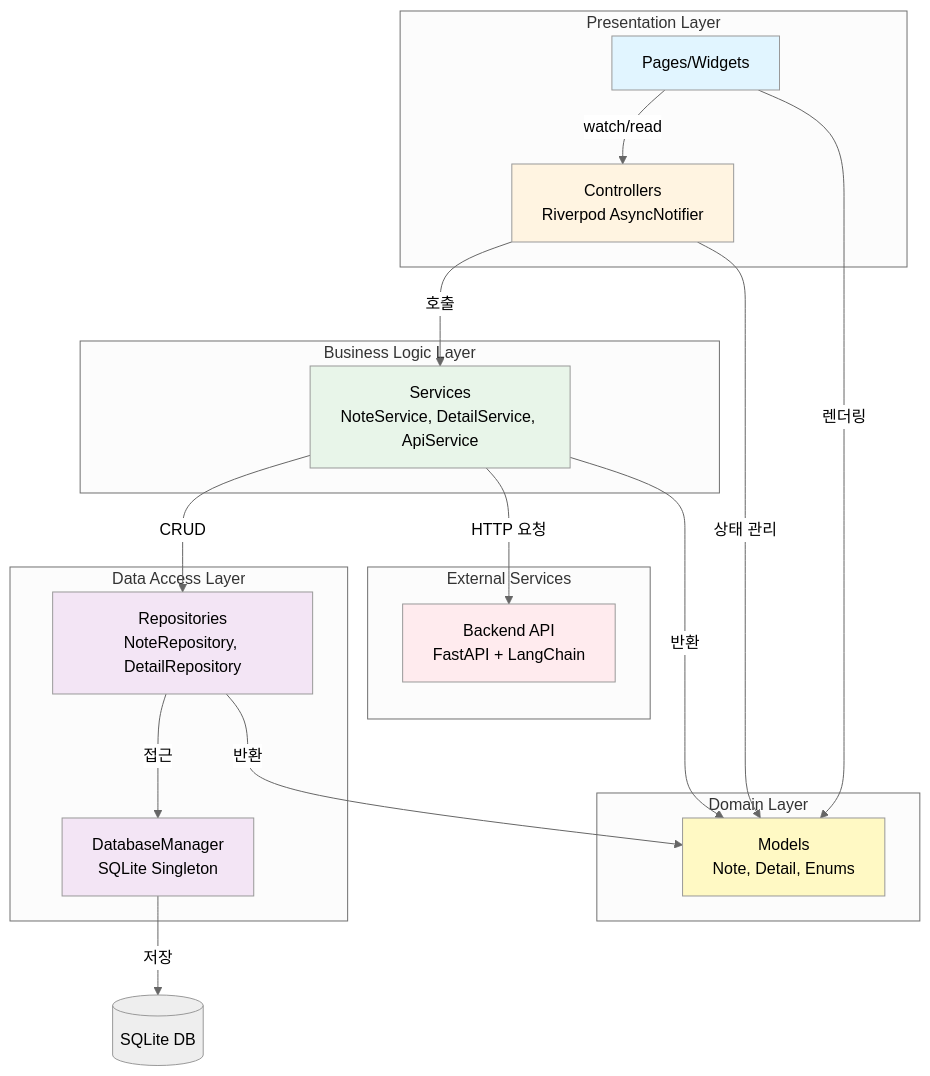
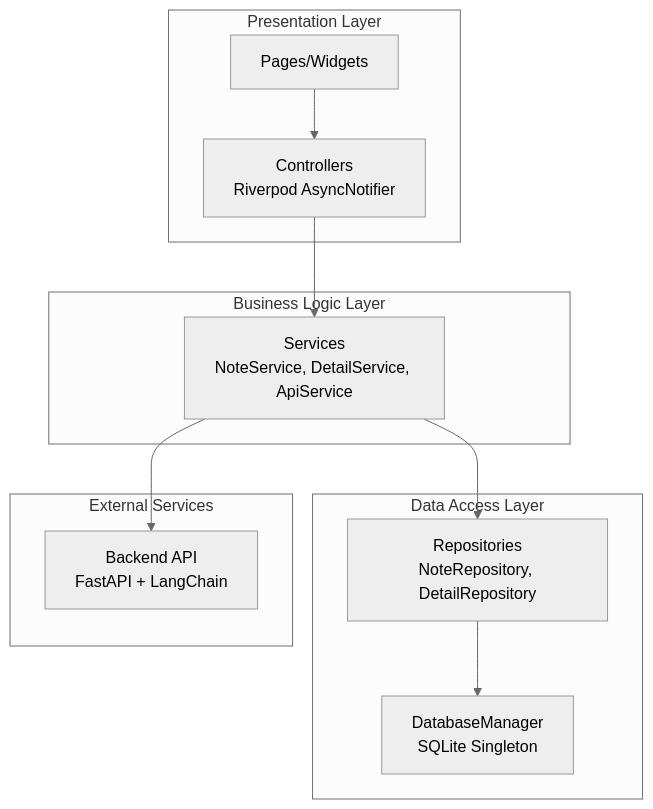
One commit to latte0415/MADCAMP-W1-Coffee-Note changed the diagram in README.md. Above: the diagram before and after it, drawn with Mermaid (neutral theme). The commit also changed other lines of this file, not shown here.

````diff
--- a/README.md
+++ b/README.md
@@ -223,43 +75,26 @@
 ```mermaid
 graph TB
     subgraph "Presentation Layer"
         Pages[Pages/Widgets]
         Controllers[Controllers<br/>Riverpod AsyncNotifier]
     end
     
     subgraph "Business Logic Layer"
         Services[Services<br/>NoteService, DetailService, ApiService]
     end
     
     subgraph "Data Access Layer"
         Repositories[Repositories<br/>NoteRepository, DetailRepository]
         DatabaseManager[DatabaseManager<br/>SQLite Singleton]
     end
     
-    subgraph "Domain Layer"
-        Models[Models<br/>Note, Detail, Enums]
-    end
-    
     subgraph "External Services"
         BackendAPI[Backend API<br/>FastAPI + LangChain]
     end
     
-    Pages -->|watch/read| Controllers
-    Controllers -->|호출| Services
-    Services -->|CRUD| Repositories
-    Repositories -->|접근| DatabaseManager
-    DatabaseManager -->|저장| SQLite[(SQLite DB)]
-    Services -->|HTTP 요청| BackendAPI
-    Repositories -->|반환| Models
-    Services -->|반환| Models
-    Controllers -->|상태 관리| Models
-    Pages -->|렌더링| Models
-    
-    style Pages fill:#e1f5ff
-    style Controllers fill:#fff4e1
-    style Services fill:#e8f5e9
-    style Repositories fill:#f3e5f5
-    style DatabaseManager fill:#f3e5f5
-    style Models fill:#fff9c4
-    style BackendAPI fill:#ffebee
+    Pages --> Controllers
+    Controllers --> Services
+    Services --> Repositories
+    Repositories --> DatabaseManager
+    Services --> BackendAPI
 ```
````
